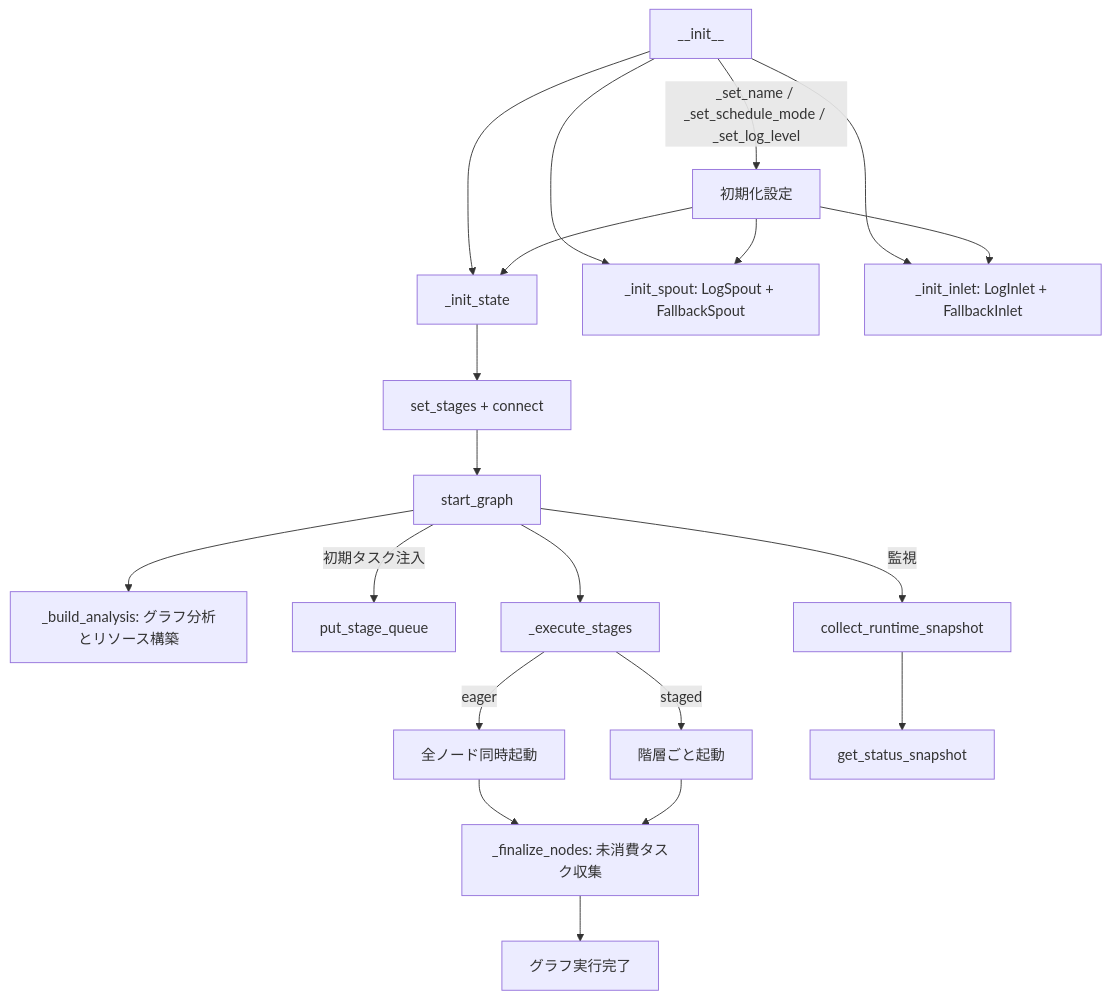
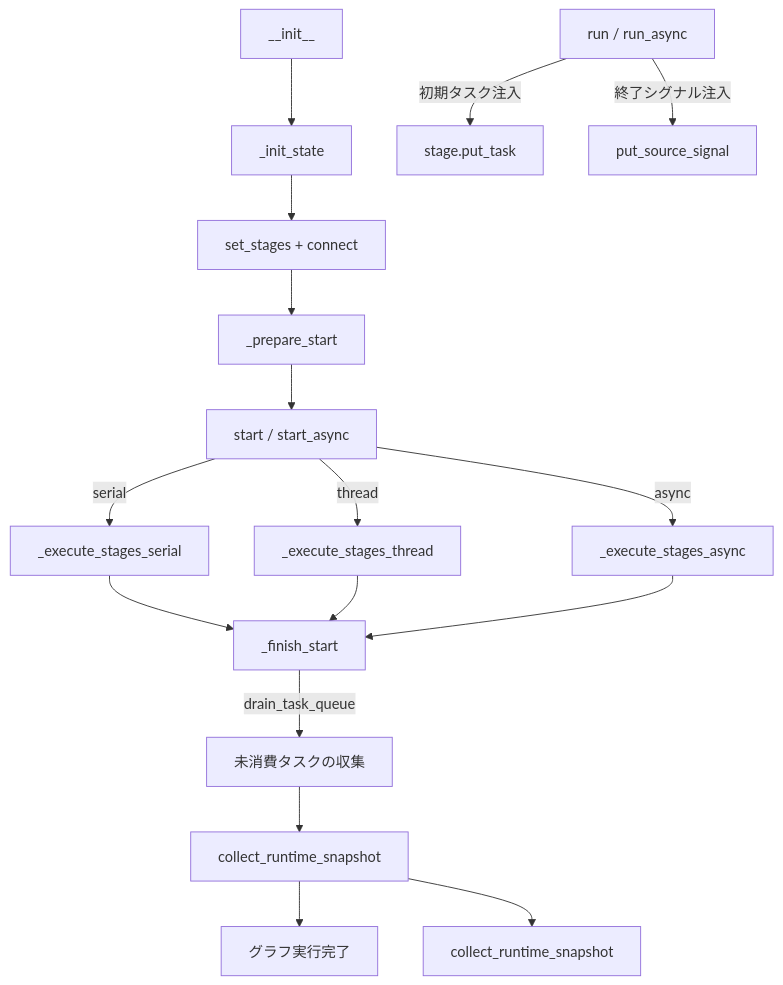
The diagram in docs/ja/src/graph/core_graph.md (Mr-xiaotian/CelestialFlow), drawn with Mermaid before and after one commit. The commit also changed other lines of this file and 233 other files, not shown here.

````diff
--- a/docs/ja/src/graph/core_graph.md
+++ b/docs/ja/src/graph/core_graph.md
@@ -252,23 +286,21 @@
 ```mermaid
 flowchart TD
-    INIT[__init__] -->|_set_name / _set_schedule_mode / _set_log_level| SET[初期化設定]
-    INIT --> STATE[_init_state]
-    INIT --> SPOUT[_init_spout: LogSpout + FallbackSpout]
-    INIT --> INLET[_init_inlet: LogInlet + FallbackInlet]
-    SET --> STATE
-    SET --> SPOUT
-    SET --> INLET
-    STATE --> BUILD[set_stages + connect]
-    BUILD --> START[start_graph]
-    START --> ANALYSIS[_build_analysis: グラフ分析とリソース構築]
-    START -->|初期タスク注入| PUT[put_stage_queue]
-    START --> EXEC[_execute_stages]
-    EXEC -->|eager| ALL[全ノード同時起動]
-    EXEC -->|staged| LAYER[階層ごと起動]
-    ALL --> FINALIZE[_finalize_nodes: 未消費タスク収集]
-    LAYER --> FINALIZE
-    FINALIZE --> END[グラフ実行完了]
-    
-    START -->|監視| SNAPSHOT[collect_runtime_snapshot]
-    SNAPSHOT --> STATUS[get_status_snapshot]
+    INIT[__init__] --> INIT_STATE[_init_state]
+    INIT_STATE --> BUILD[set_stages + connect]
+    BUILD --> PREPARE[_prepare_start]
+    PREPARE --> START[start / start_async]
+    START -->|serial| SER[_execute_stages_serial]
+    START -->|thread| THR[_execute_stages_thread]
+    START -->|async| ASY[_execute_stages_async]
+    SER --> FINISH[_finish_start]
+    THR --> FINISH
+    ASY --> FINISH
+    FINISH -->|drain_task_queue| DRAIN[未消費タスクの収集]
+    DRAIN --> SNAP[collect_runtime_snapshot]
+    SNAP --> END[グラフ実行完了]
+
+    SNAP --> STATUS[collect_runtime_snapshot]
+
+    RUN[run / run_async] -->|初期タスク注入| PUT[stage.put_task]
+    RUN -->|終了シグナル注入| SIGNAL[put_source_signal]
 ```
````
